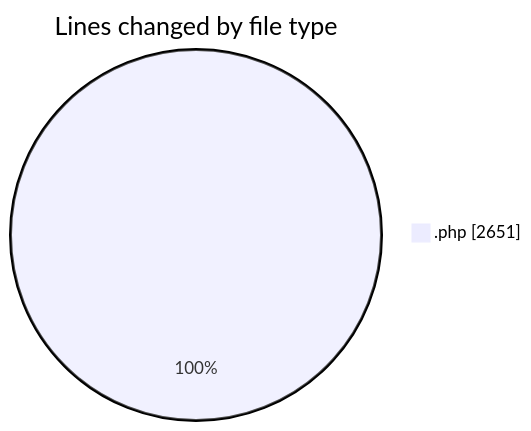
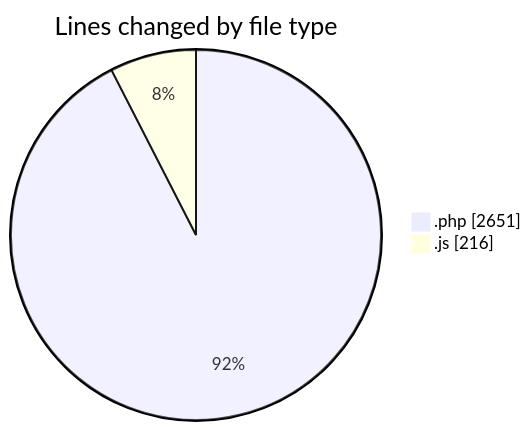
One commit to debugP/code-tracking changed the first of 2 diagrams in 2025-10-24/untitled__workspace_/README.md. Above: the diagram before and after it, drawn with Mermaid. The commit also changed other lines of this file and 1 other file, not shown here.

````diff
--- a/2025-10-24/untitled__workspace_/README.md
+++ b/2025-10-24/untitled__workspace_/README.md
@@ -22,5 +23,6 @@
 ```mermaid
 pie showData
 title Lines changed by file type
 ".php" : 2651
+".js" : 216
 ```
````
